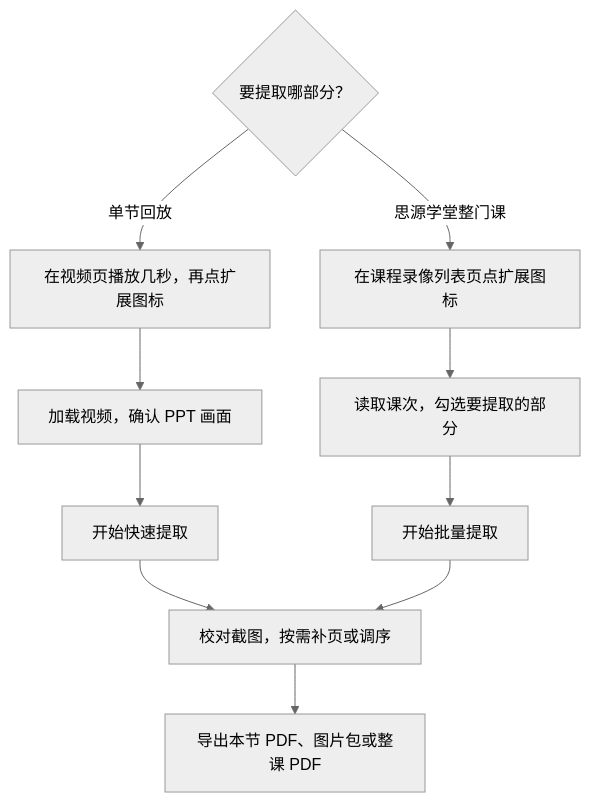
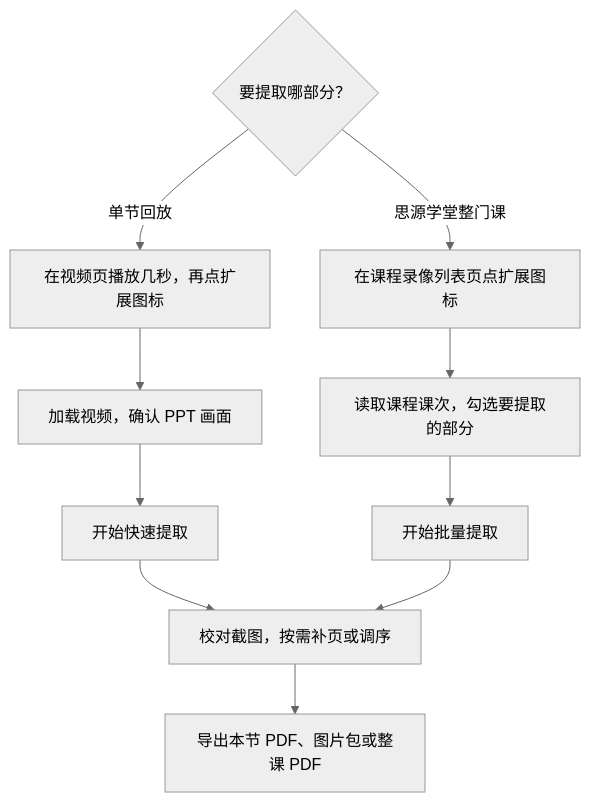
The diagram in README.md (MeowSaint/XJTU-PPT-Capture-Extension), drawn with Mermaid (neutral theme) before and after one commit. The commit also changed other lines of this file and 4 other files, not shown here.

````diff
--- a/README.md
+++ b/README.md
@@ -33,13 +33,13 @@
 ```mermaid
 flowchart TD
     scope{"要提取哪部分？"}
     scope -->|单节回放| video["在视频页播放几秒，再点扩展图标"]
     scope -->|思源学堂整门课| course["在课程录像列表页点扩展图标"]
     video --> load["加载视频，确认 PPT 画面"]
-    course --> select["读取课次，勾选要提取的部分"]
+    course --> select["读取课程课次，勾选要提取的部分"]
     load --> scan["开始快速提取"]
     select --> batch["开始批量提取"]
     scan --> review["校对截图，按需补页或调序"]
     batch --> review
     review --> save["导出本节 PDF、图片包或整课 PDF"]
 ```
````
